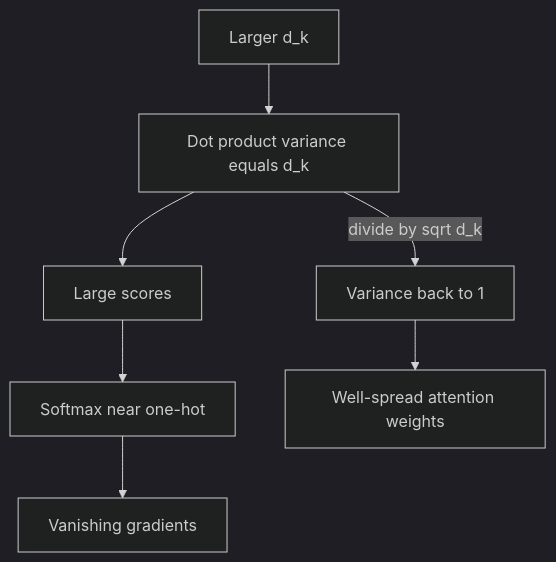
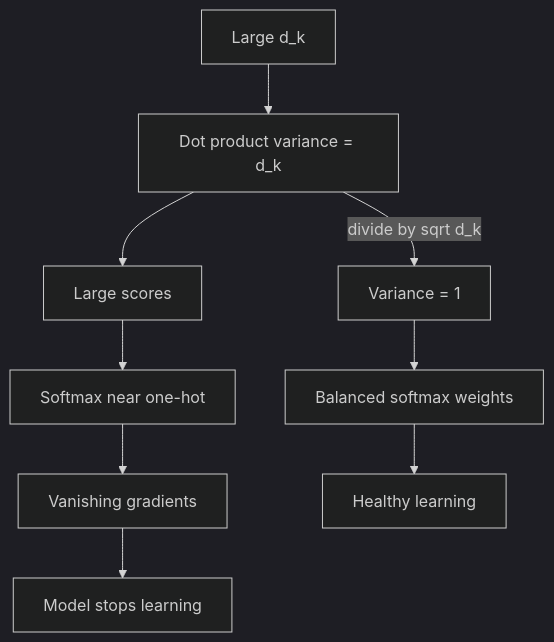
Before and after one commit to kaisarnajar/outcome-school-blogs: the diagram in notes/step-03-generative-ai-and-the-transformer-architecture/056-scaling-dot-product-attention.md, drawn with Mermaid (dark theme). The commit also changed other lines of this file and 233 other files, not shown here.

````diff
--- a/notes/step-03-generative-ai-and-the-transformer-architecture/056-scaling-dot-product-attention.md
+++ b/notes/step-03-generative-ai-and-the-transformer-architecture/056-scaling-dot-product-attention.md
@@ -41,9 +54,11 @@
 ```mermaid
 flowchart TD
-    A["Larger d_k"] --> B["Dot product variance equals d_k"]
-    B --> C["Large scores"]
-    C --> D["Softmax near one-hot"]
-    D --> E["Vanishing gradients"]
-    B -->|"divide by sqrt d_k"| F["Variance back to 1"]
-    F --> G["Well-spread attention weights"]
+    A1["Large d_k"] --> A2["Dot product variance = d_k"]
+    A2 --> A3["Large scores"]
+    A3 --> A4["Softmax near one-hot"]
+    A4 --> A5["Vanishing gradients"]
+    A5 --> A6["Model stops learning"]
+    A2 -->|"divide by sqrt d_k"| A7["Variance = 1"]
+    A7 --> A8["Balanced softmax weights"]
+    A8 --> A9["Healthy learning"]
 ```
````
